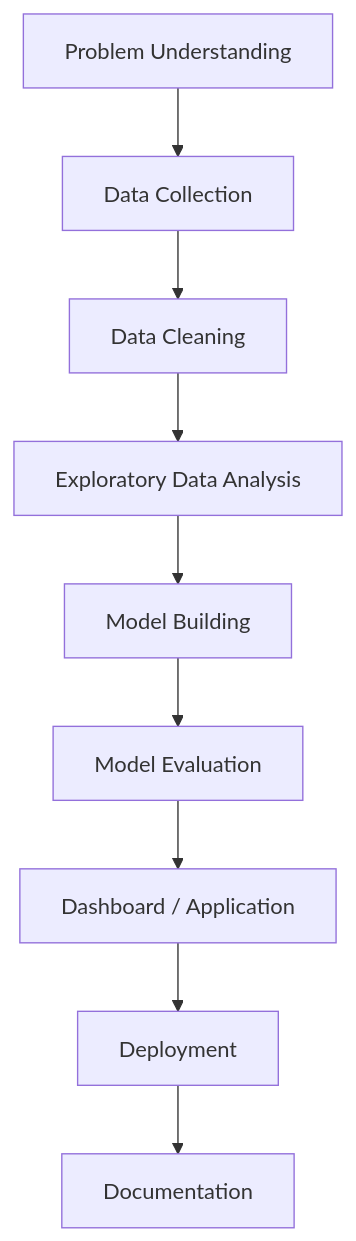
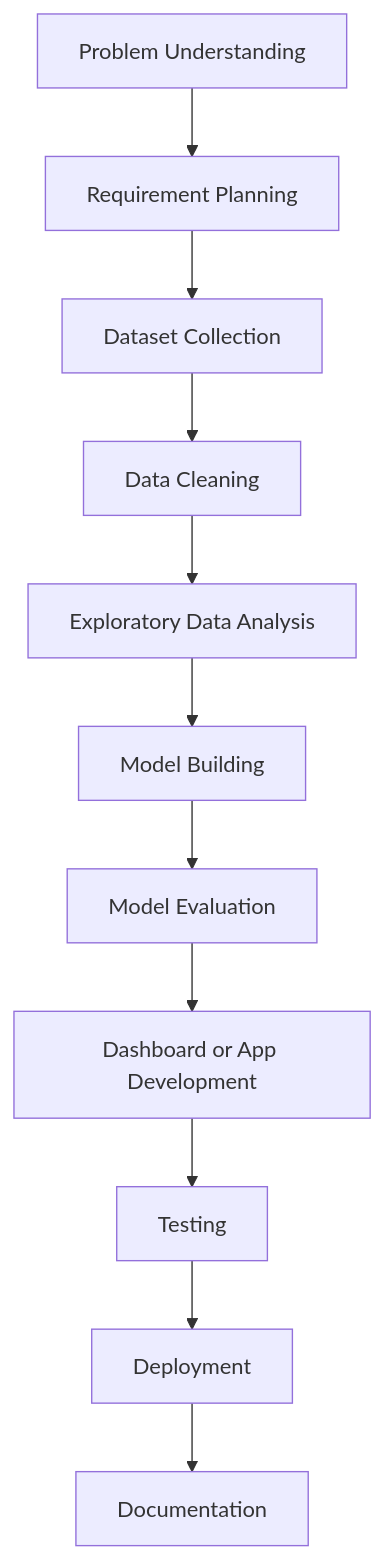
The second of 2 diagrams in README.md (Shubham-Ut/Shubham-Ut), drawn with Mermaid before and after one commit. The commit also changed other lines of this file, not shown here.

````diff
--- a/README.md
+++ b/README.md
@@ -272,11 +485,13 @@
 ```mermaid
 flowchart TD
-A[Problem Understanding] --> B[Data Collection]
-B --> C[Data Cleaning]
-C --> D[Exploratory Data Analysis]
-D --> E[Model Building]
-E --> F[Model Evaluation]
-F --> G[Dashboard / Application]
-G --> H[Deployment]
-H --> I[Documentation]
+A[Problem Understanding] --> B[Requirement Planning]
+B --> C[Dataset Collection]
+C --> D[Data Cleaning]
+D --> E[Exploratory Data Analysis]
+E --> F[Model Building]
+F --> G[Model Evaluation]
+G --> H[Dashboard or App Development]
+H --> I[Testing]
+I --> J[Deployment]
+J --> K[Documentation]
 ```
````
